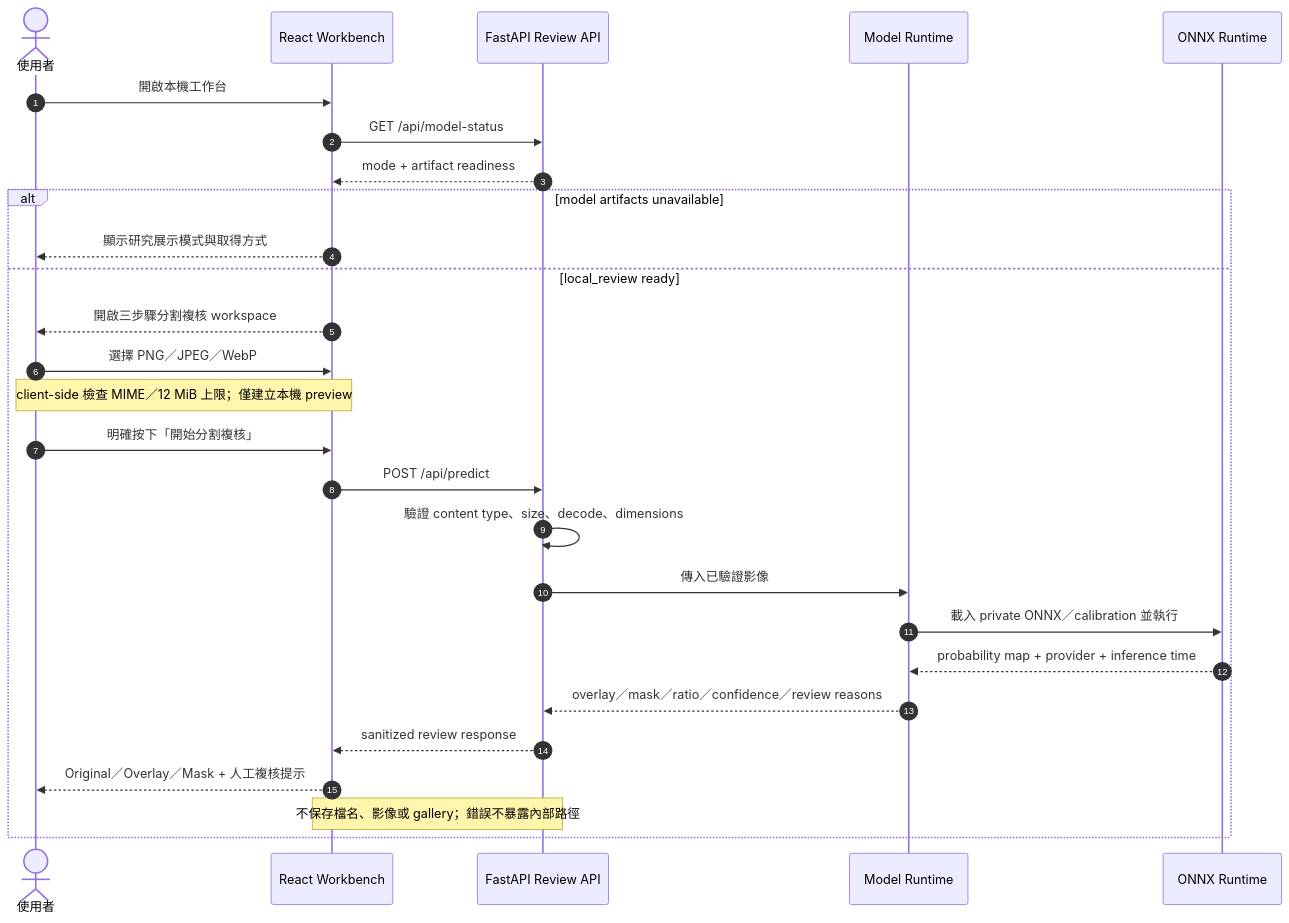
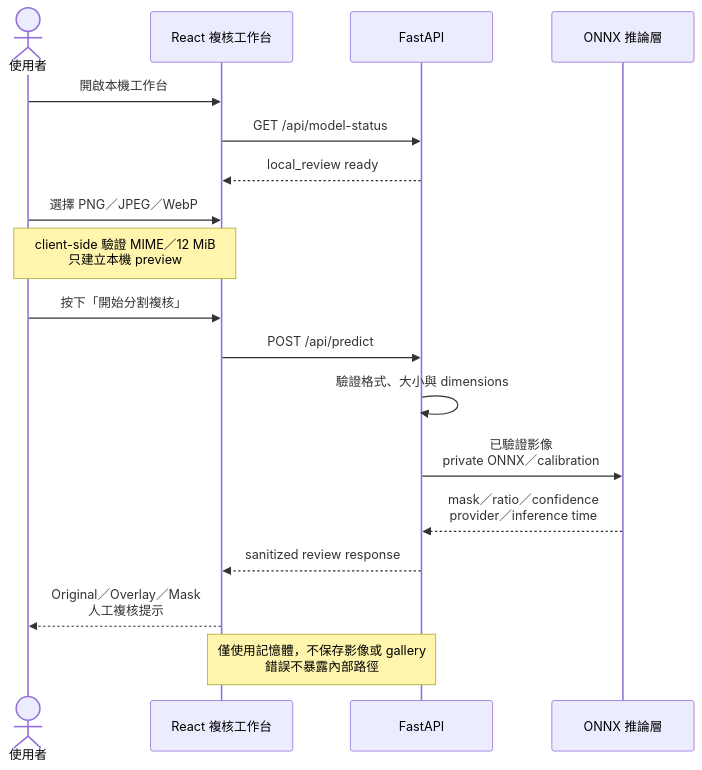
The third of 3 diagrams in README.md (kuotunyu/WoundScope), drawn with Mermaid before and after one commit. The commit also changed other lines of this file and 1 other file, not shown here.

Commit message:
docs: improve Mermaid diagram readability

````diff
--- a/README.md
+++ b/README.md
@@ -139,32 +136,22 @@
 ```mermaid
-%%{init: {"themeVariables": {"fontSize": "18px", "fontFamily": "Arial, sans-serif"}}}%%
+%%{init: {"themeVariables": {"fontSize": "22px", "fontFamily": "Arial, sans-serif"}, "sequence": {"diagramMarginX": 24, "diagramMarginY": 16, "actorMargin": 36, "width": 180, "height": 64, "boxMargin": 10, "noteMargin": 12, "messageMargin": 44}}}%%
 sequenceDiagram
-    autonumber
-    actor Visitor as 使用者
-    participant UI as React Workbench
-    participant API as FastAPI Review API
-    participant Model as Model Runtime
-    participant ONNX as ONNX Runtime
+    actor User as 使用者
+    participant UI as React 複核工作台
+    participant API as FastAPI
+    participant ONNX as ONNX 推論層
 
-    Visitor->>UI: 開啟本機工作台
+    User->>UI: 開啟本機工作台
     UI->>API: GET /api/model-status
-    API-->>UI: mode + artifact readiness
-
-    alt model artifacts unavailable
-        UI-->>Visitor: 顯示研究展示模式與取得方式
-    else local_review ready
-        UI-->>Visitor: 開啟三步驟分割複核 workspace
-        Visitor->>UI: 選擇 PNG／JPEG／WebP
-        Note over Visitor,UI: client-side 檢查 MIME／12 MiB 上限；僅建立本機 preview
-        Visitor->>UI: 明確按下「開始分割複核」
-        UI->>API: POST /api/predict
-        API->>API: 驗證 content type、size、decode、dimensions
-        API->>Model: 傳入已驗證影像
-        Model->>ONNX: 載入 private ONNX／calibration 並執行
-        ONNX-->>Model: probability map + provider + inference time
-        Model-->>API: overlay／mask／ratio／confidence／review reasons
-        API-->>UI: sanitized review response
-        UI-->>Visitor: Original／Overlay／Mask + 人工複核提示
-        Note over UI,API: 不保存檔名、影像或 gallery；錯誤不暴露內部路徑
-    end
+    API-->>UI: local_review ready
+    User->>UI: 選擇 PNG／JPEG／WebP
+    Note over User,UI: client-side 驗證 MIME／12 MiB<br/>只建立本機 preview
+    User->>UI: 按下「開始分割複核」
+    UI->>API: POST /api/predict
+    API->>API: 驗證格式、大小與 dimensions
+    API->>ONNX: 已驗證影像<br/>private ONNX／calibration
+    ONNX-->>API: mask／ratio／confidence<br/>provider／inference time
+    API-->>UI: sanitized review response
+    UI-->>User: Original／Overlay／Mask<br/>人工複核提示
+    Note over UI,API: 僅使用記憶體，不保存影像或 gallery<br/>錯誤不暴露內部路徑
 ```
````
